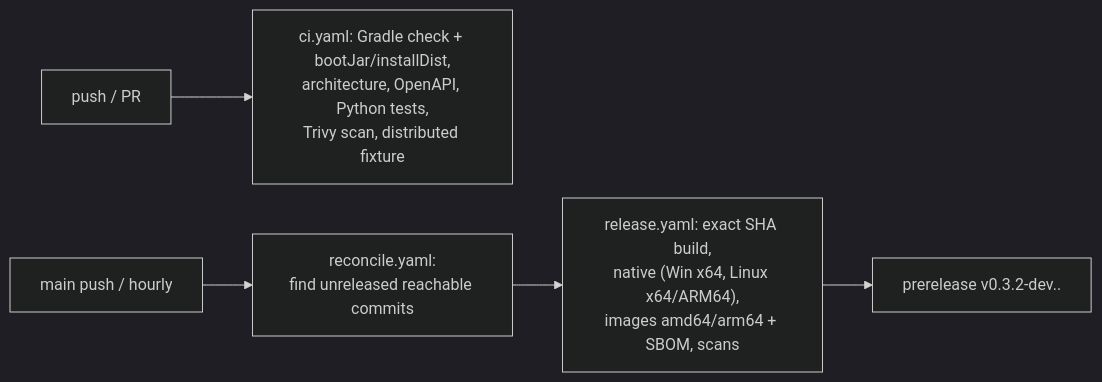
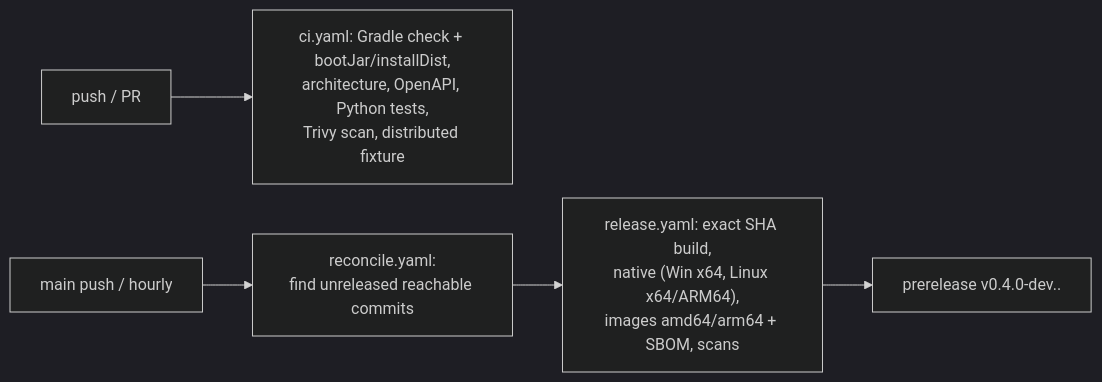
One commit to athegreat90/minecraft-modsync changed diagram 12 of 12 in docs/GUIDE.md. Above: the diagram before and after it, drawn with Mermaid (dark theme). The commit also changed 16 other files, not shown here.

````diff
--- a/docs/GUIDE.md
+++ b/docs/GUIDE.md
@@ -384,7 +384,7 @@
 ```mermaid
 flowchart LR
   PR[push / PR] --> CI["ci.yaml: Gradle check + bootJar/installDist,\narchitecture, OpenAPI, Python tests,\nTrivy scan, distributed fixture"]
   main[main push / hourly] --> REC["reconcile.yaml:\nfind unreleased reachable commits"]
   REC --> REL["release.yaml: exact SHA build,\nnative (Win x64, Linux x64/ARM64),\nimages amd64/arm64 + SBOM, scans"]
-  REL --> PRE["prerelease v0.3.2-dev.<time>.<sha>"]
+  REL --> PRE["prerelease v0.4.0-dev.<time>.<sha>"]
 ```
````
